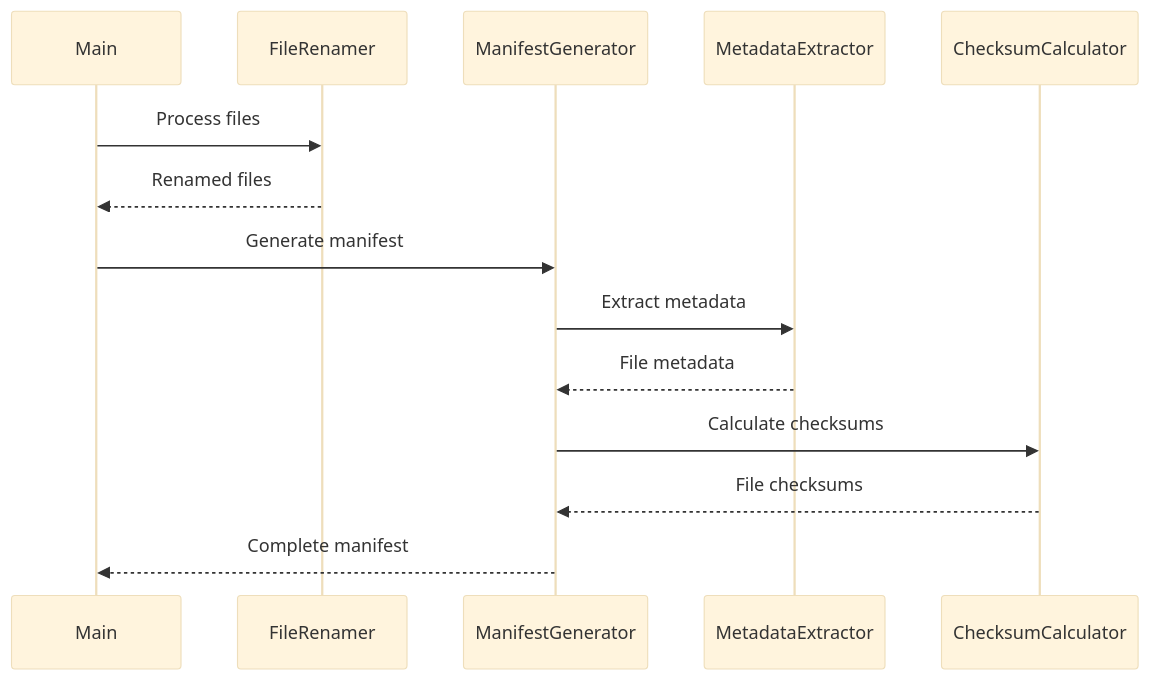
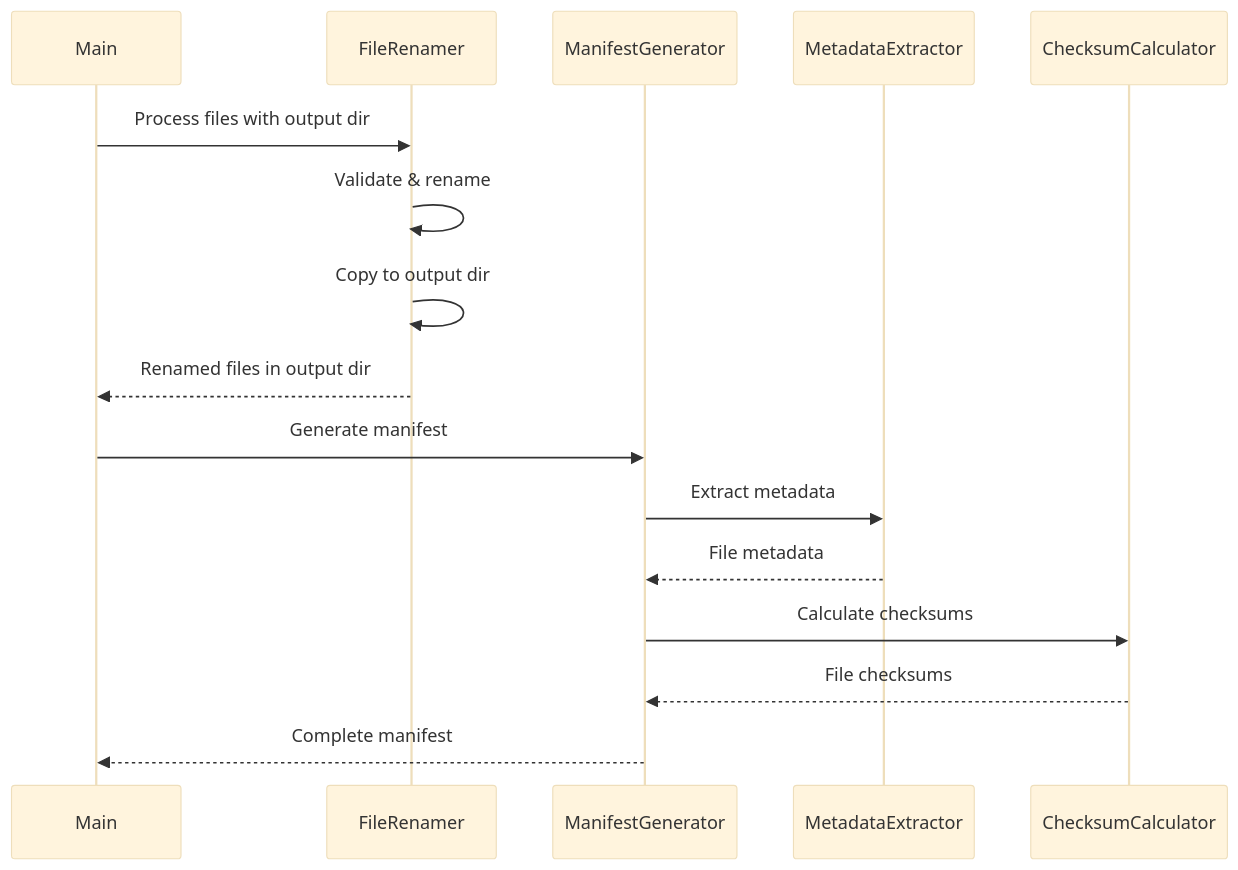
The sixth of 6 diagrams in tdd/output/requirement1_system_design.md (CBIIT/crdc-ctdc-data-curation), drawn with Mermaid (base theme) before and after one commit. The commit also changed other lines of this file and 347 other files, not shown here.

````diff
--- a/tdd/output/requirement1_system_design.md
+++ b/tdd/output/requirement1_system_design.md
@@ -148,18 +153,19 @@
 ```mermaid
 sequenceDiagram
     participant Main
     participant FileRenamer
     participant ManifestGenerator 
     participant MetadataExtractor
     participant ChecksumCalculator
 
-    Main->>FileRenamer: Process files
-    FileRenamer-->>Main: Renamed files
+    Main->>FileRenamer: Process files with output dir
+    FileRenamer->>FileRenamer: Validate & rename
+    FileRenamer->>FileRenamer: Copy to output dir
+    FileRenamer-->>Main: Renamed files in output dir
     Main->>ManifestGenerator: Generate manifest
     ManifestGenerator->>MetadataExtractor: Extract metadata
     MetadataExtractor-->>ManifestGenerator: File metadata
     ManifestGenerator->>ChecksumCalculator: Calculate checksums
     ChecksumCalculator-->>ManifestGenerator: File checksums
     ManifestGenerator-->>Main: Complete manifest
-
 ```
````
